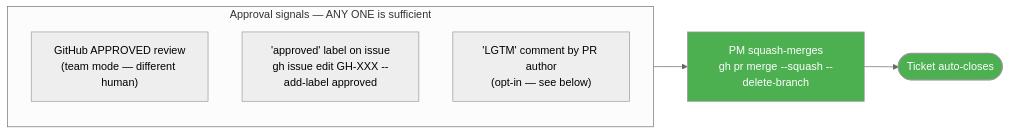
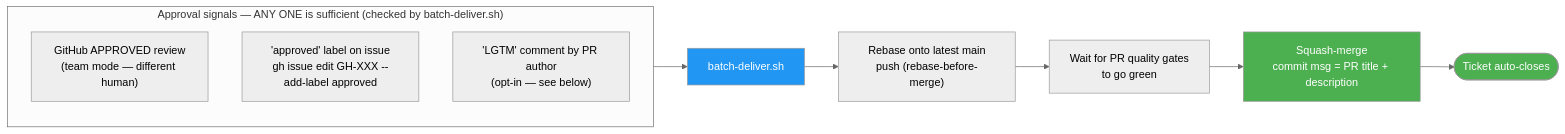
Before and after one commit to juliusz-cwiakalski/marksync: the fourth of 5 diagrams in doc/guides/autonomous-batch-delivery.md, drawn with Mermaid (neutral theme). The commit also changed other lines of this file and 9 other files, not shown here.

````diff
--- a/doc/guides/autonomous-batch-delivery.md
+++ b/doc/guides/autonomous-batch-delivery.md
@@ -181,13 +202,17 @@
 ```mermaid
 flowchart LR
-    subgraph Signals["Approval signals — ANY ONE is sufficient"]
+    subgraph Signals["Approval signals — ANY ONE is sufficient (checked by batch-deliver.sh)"]
         S1["GitHub APPROVED review<br/>(team mode — different human)"]
         S2["'approved' label on issue<br/>gh issue edit GH-XXX --add-label approved"]
         S3["'LGTM' comment by PR author<br/>(opt-in — see below)"]
     end
-    Signals --> MERGE["PM squash-merges<br/>gh pr merge --squash --delete-branch"]
+    Signals --> BATCH["batch-deliver.sh"]
+    BATCH --> REBASE["Rebase onto latest main<br/>push (rebase-before-merge)"]
+    REBASE --> GATES["Wait for PR quality gates<br/>to go green"]
+    GATES --> MERGE["Squash-merge<br/>commit msg = PR title + description"]
     MERGE --> CLOSE(["Ticket auto-closes"])
 
+    style BATCH fill:#2196F3,color:#fff
     style MERGE fill:#4CAF50,color:#fff
     style CLOSE fill:#4CAF50,color:#fff
 ```
````
